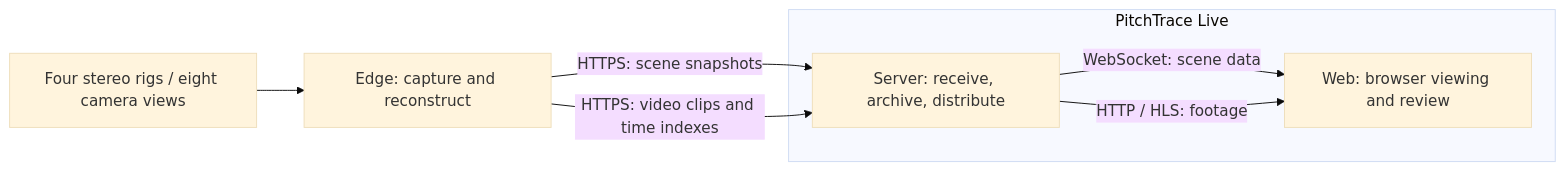
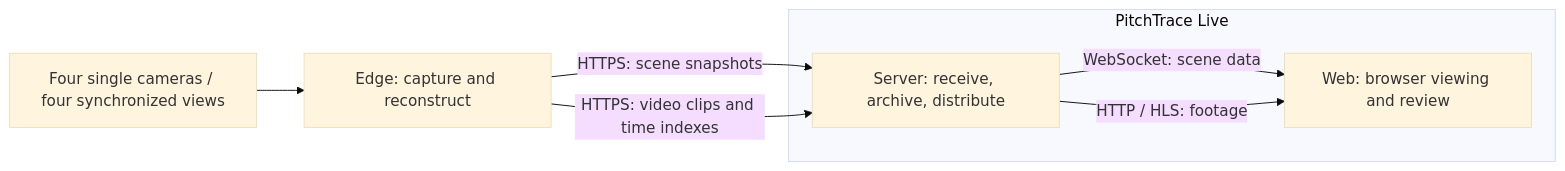
The first of 2 diagrams in README.md (winixi/pitchtrace-3d), drawn with Mermaid (base theme) before and after one commit. The commit also changed other lines of this file and 10 other files, not shown here.

First line of the commit message:
docs: Update MVP scope from stereo to single cameras and add hardware selection guide

````diff
--- a/README.md
+++ b/README.md
@@ -46,12 +46,12 @@
 ```mermaid
 flowchart LR
-    C["Four stereo rigs / eight camera views"] --> E["Edge: capture and reconstruct"]
+    C["Four single cameras / four synchronized views"] --> E["Edge: capture and reconstruct"]
     subgraph live["PitchTrace Live"]
         S["Server: receive, archive, distribute"]
         W["Web: browser viewing and review"]
     end
     E -->|"HTTPS: scene snapshots"| S
     E -->|"HTTPS: video clips and time indexes"| S
     S -->|"WebSocket: scene data"| W
     S -->|"HTTP / HLS: footage"| W
 ```
````
